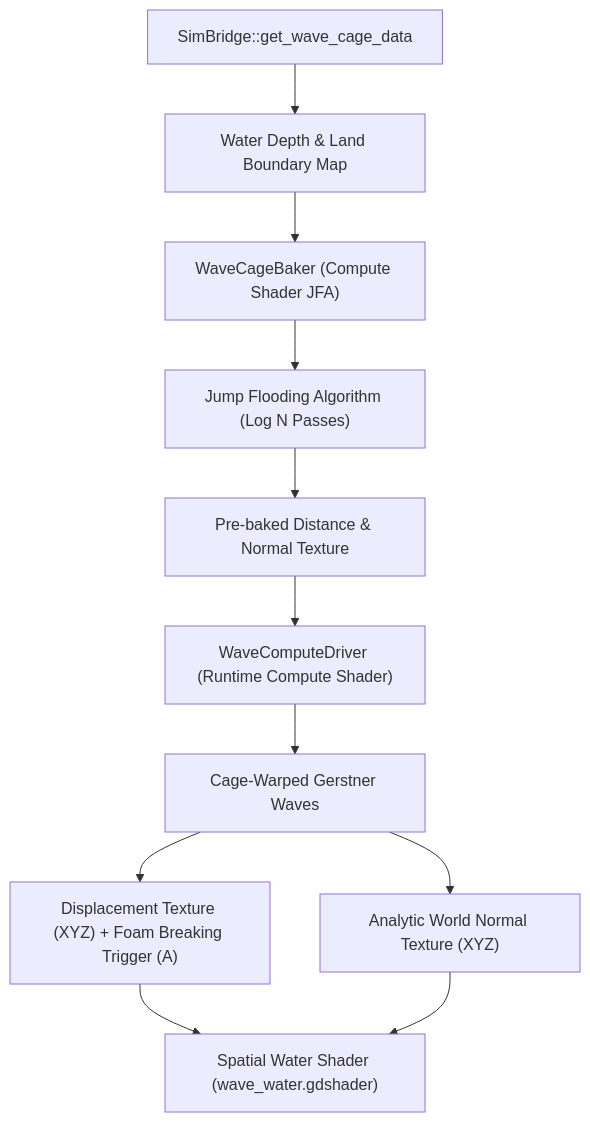
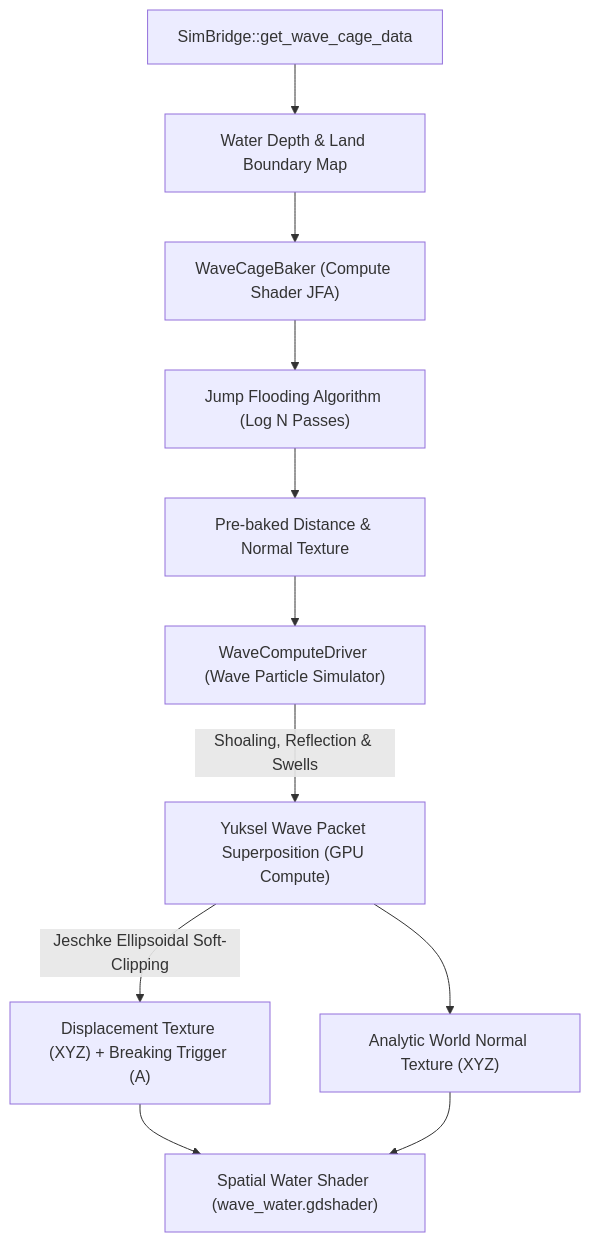
Before and after one commit to aaaaaakonma/Exofarm: the second of 2 diagrams in docs/GDEXTENSION_AND_RENDERING.md, drawn with Mermaid. The commit also changed other lines of this file and 343 other files, not shown here.

````diff
--- a/docs/GDEXTENSION_AND_RENDERING.md
+++ b/docs/GDEXTENSION_AND_RENDERING.md
@@ -43,12 +45,12 @@
 ```mermaid
 flowchart TD
     A["SimBridge::get_wave_cage_data"] --> B["Water Depth & Land Boundary Map"]
     B --> C["WaveCageBaker (Compute Shader JFA)"]
     C --> D["Jump Flooding Algorithm (Log N Passes)"]
     D --> E["Pre-baked Distance & Normal Texture"]
-    E --> F["WaveComputeDriver (Runtime Compute Shader)"]
-    F --> G["Cage-Warped Gerstner Waves"]
-    G --> H["Displacement Texture (XYZ) + Foam Breaking Trigger (A)"]
+    E --> F["WaveComputeDriver (Wave Particle Simulator)"]
+    F -->|Shoaling, Reflection & Swells| G["Yuksel Wave Packet Superposition (GPU Compute)"]
+    G -->|Jeschke Ellipsoidal Soft-Clipping| H["Displacement Texture (XYZ) + Breaking Trigger (A)"]
     G --> I["Analytic World Normal Texture (XYZ)"]
     H & I --> J["Spatial Water Shader (wave_water.gdshader)"]
 ```
````
